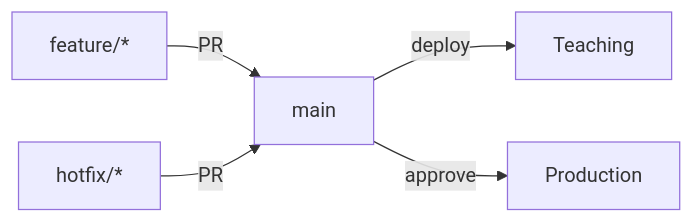
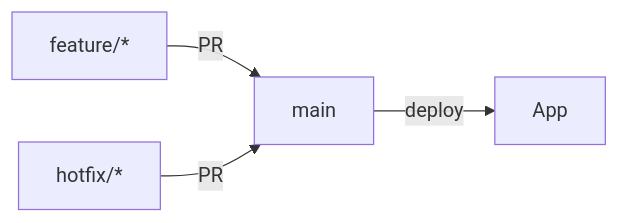
One commit to bailey-medics/quillmedical changed the diagram in docs/docs/github/index.md. Above: the diagram before and after it, drawn with Mermaid. The commit also changed other lines of this file, not shown here.

````diff
--- a/docs/docs/github/index.md
+++ b/docs/docs/github/index.md
@@ -35,7 +35,6 @@
 ```mermaid
 graph LR
     A["feature/*"] -->|PR| B[main]
     C["hotfix/*"] -->|PR| B
-    B -->|deploy| D[Teaching]
-    B -->|approve| E[Production]
+    B -->|deploy| D[App]
 ```
````
